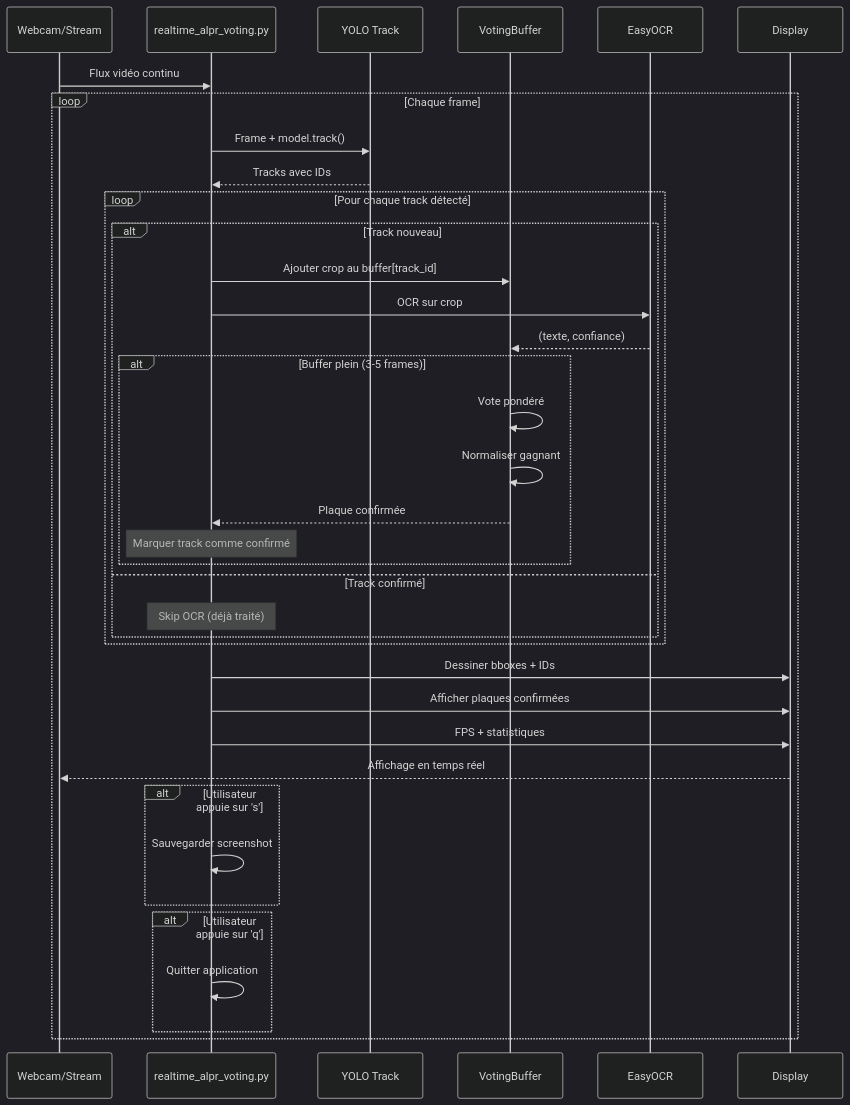
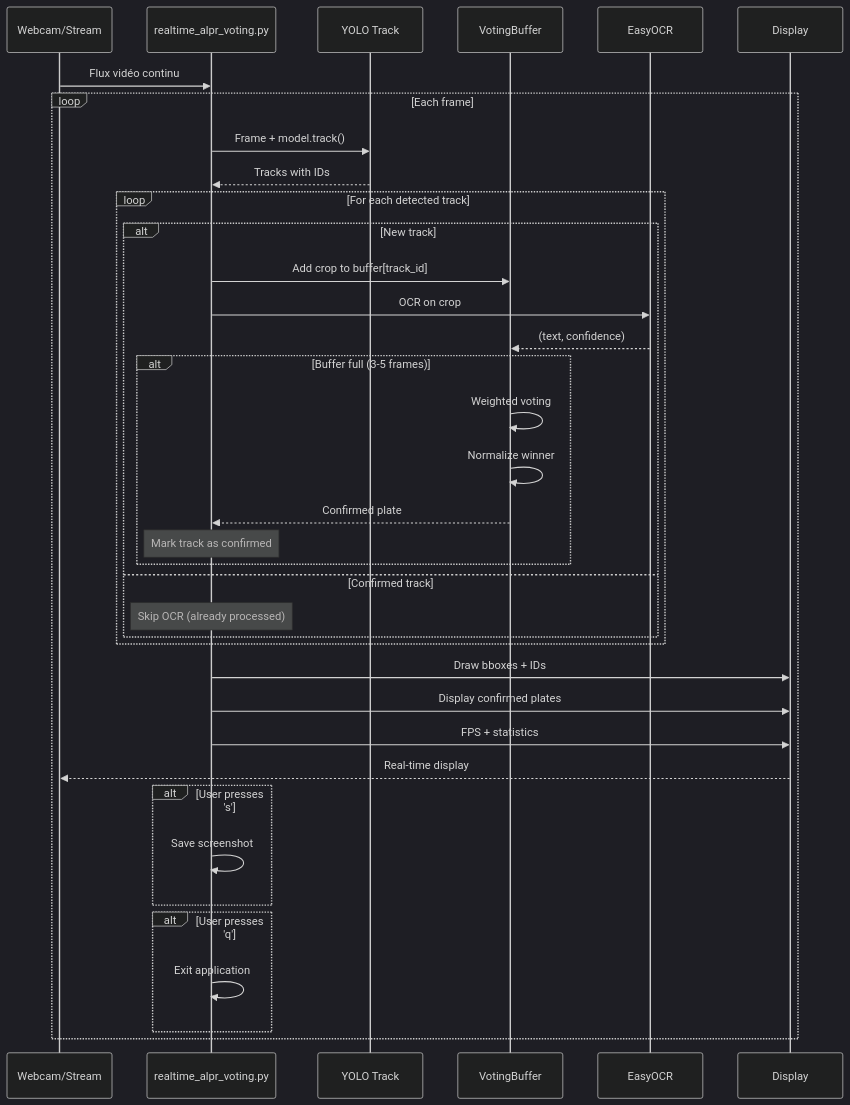
Before and after one commit to brayedna/alpr-fine-tuned-FR-yolov8: the fourth of 5 diagrams in README.md, drawn with Mermaid (dark theme). The commit also changed other lines of this file, not shown here.

````diff
--- a/README.md
+++ b/README.md
@@ -472,46 +472,46 @@
 ```mermaid
 sequenceDiagram
     participant W as Webcam/Stream
     participant R as realtime_alpr_voting.py
     participant Y as YOLO Track
     participant V as VotingBuffer
     participant O as EasyOCR
     participant D as Display
 
     W->>R: Flux vidéo continu
 
-    loop Chaque frame
+    loop Each frame
         R->>Y: Frame + model.track()
-        Y-->>R: Tracks avec IDs
+        Y-->>R: Tracks with IDs
 
-        loop Pour chaque track détecté
-            alt Track nouveau
-                R->>V: Ajouter crop au buffer[track_id]
-                R->>O: OCR sur crop
-                O-->>V: (texte, confiance)
+        loop For each detected track
+            alt New track
+                R->>V: Add crop to buffer[track_id]
+                R->>O: OCR on crop
+                O-->>V: (text, confidence)
 
-                alt Buffer plein (3-5 frames)
-                    V->>V: Vote pondéré
-                    V->>V: Normaliser gagnant
-                    V-->>R: Plaque confirmée
-                    Note over R: Marquer track comme confirmé
+                alt Buffer full (3-5 frames)
+                    V->>V: Weighted voting
+                    V->>V: Normalize winner
+                    V-->>R: Confirmed plate
+                    Note over R: Mark track as confirmed
                 end
-            else Track confirmé
-                Note over R: Skip OCR (déjà traité)
+            else Confirmed track
+                Note over R: Skip OCR (already processed)
             end
         end
 
-        R->>D: Dessiner bboxes + IDs
-        R->>D: Afficher plaques confirmées
-        R->>D: FPS + statistiques
-        D-->>W: Affichage en temps réel
+        R->>D: Draw bboxes + IDs
+        R->>D: Display confirmed plates
+        R->>D: FPS + statistics
+        D-->>W: Real-time display
 
-        alt Utilisateur appuie sur 's'
-            R->>R: Sauvegarder screenshot
+        alt User presses 's'
+            R->>R: Save screenshot
         end
 
-        alt Utilisateur appuie sur 'q'
-            R->>R: Quitter application
+        alt User presses 'q'
+            R->>R: Exit application
         end
     end
 ```
````
